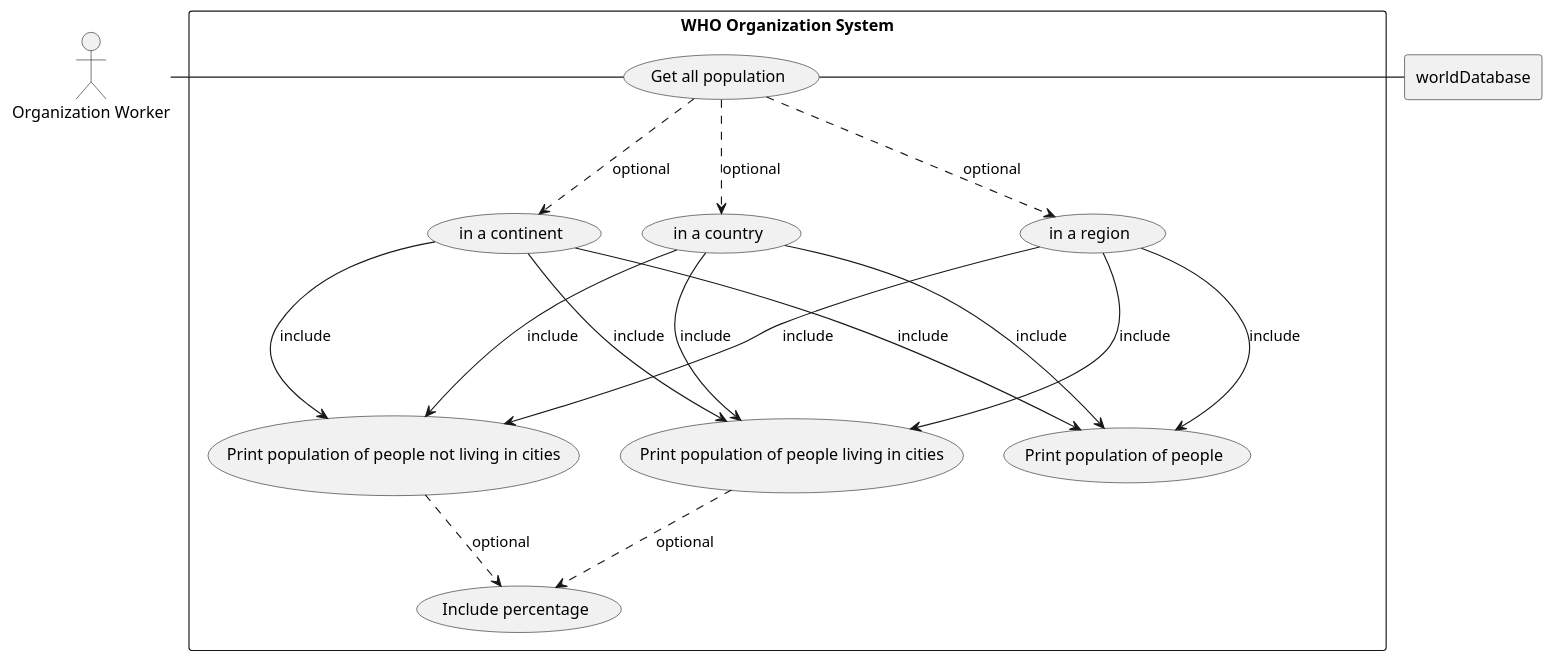
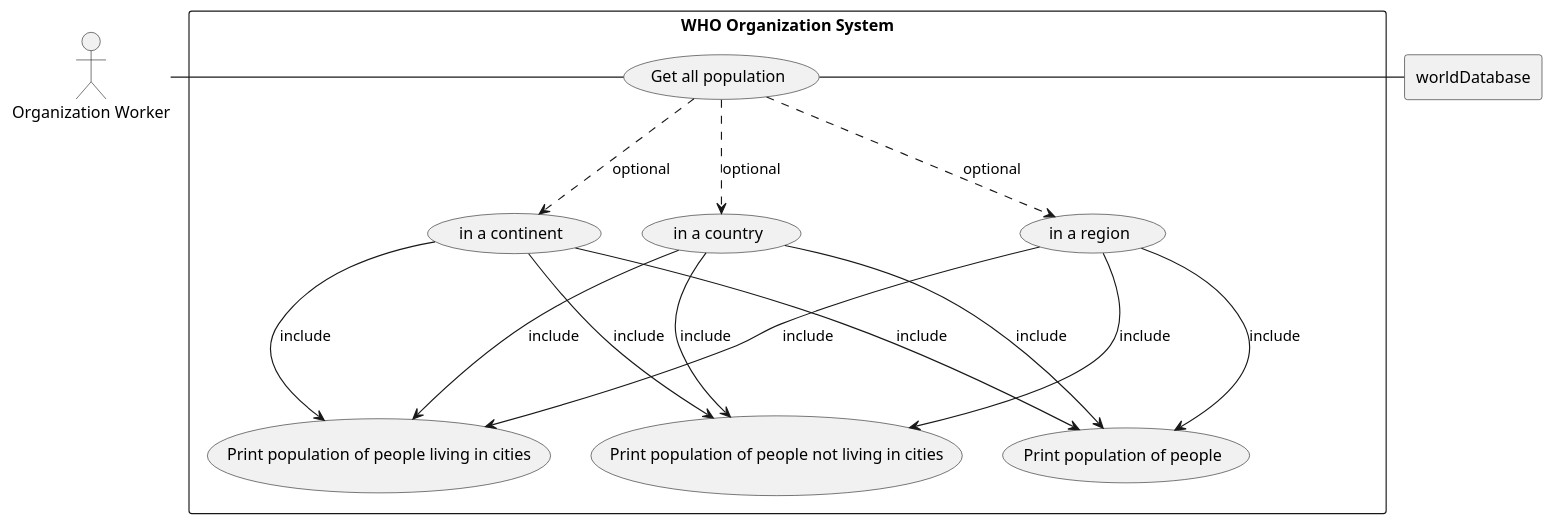
The diagram in use-cases/UML Population in-out of cities by option.puml (keenanbernard/sem-group3), drawn with PlantUML before and after one commit. The commit also changed 3 other files, not shown here.

```diff
--- a/use-cases/UML Population in-out of cities by option.puml
+++ b/use-cases/UML Population in-out of cities by option.puml
@@ -1,36 +1,33 @@
 @startuml
 
 actor OW as "Organization Worker"
 
 rectangle worldDatabase
 
 rectangle "WHO Organization System" {
     usecase UC1 as "Get all population"
     usecase UC1.1 as "in a continent"
     usecase UC1.2 as "in a region"
     usecase UC1.3 as "in a country"
-    usecase UC1.4 as "Include percentage"
 
     usecase UCa as "Print population of people living in cities"
     usecase UCb as "Print population of people not living in cities"
     usecase UCc as "Print population of people"
 
     OW - UC1
     UC1  ..> UC1.1 : optional
         UC1.1 ---> UCa : include
         UC1.1 ---> UCb : include
         UC1.1 ---> UCc : include
     UC1  ..> UC1.2 : optional
         UC1.2 ---> UCa : include
         UC1.2 ---> UCb : include
         UC1.2 ---> UCc : include
     UC1  ..> UC1.3 : optional
         UC1.3 ---> UCa : include
         UC1.3 ---> UCb : include
         UC1.3 ---> UCc : include
-    UCa ..> UC1.4 : optional
-    UCb ..> UC1.4 : optional
     UC1  - worldDatabase
 }
 
 @enduml
```
